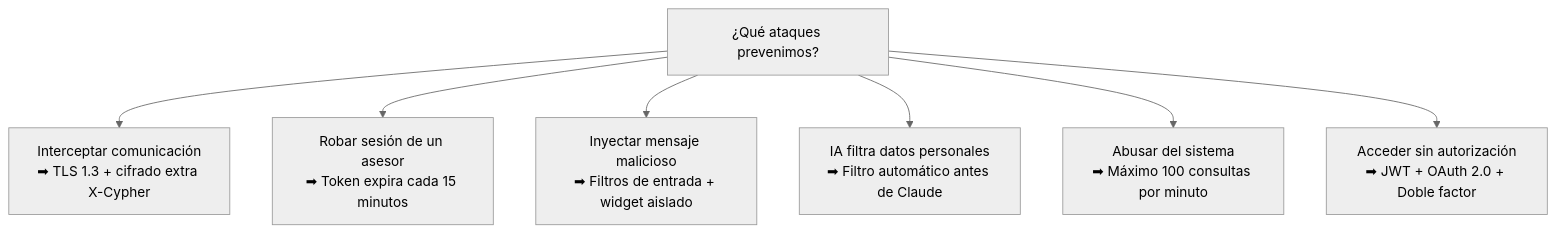
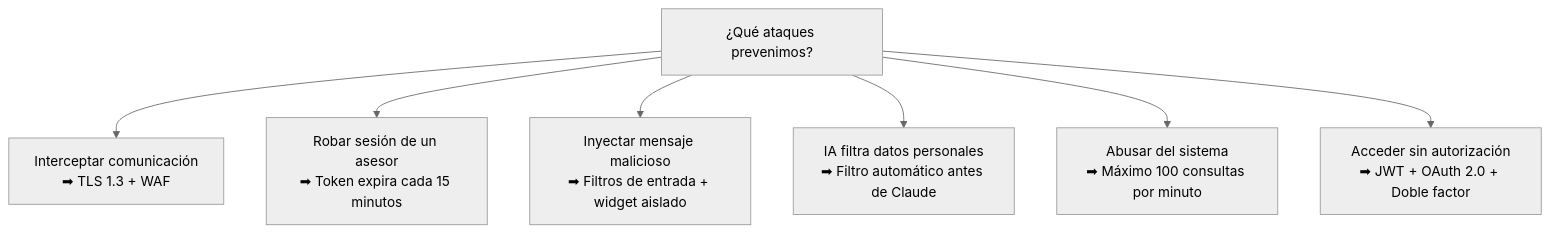
Before and after one commit to johnruedal96/capillas: diagram 15 of 16 in docs/presentacion_tecnica.md, drawn with Mermaid (neutral theme). The commit also changed other lines of this file and 1 other file, not shown here.

Commit message:
update cypher

````diff
--- a/docs/presentacion_tecnica.md
+++ b/docs/presentacion_tecnica.md
@@ -689,17 +690,17 @@
 ```mermaid
 flowchart TB
     THREATS["¿Qué ataques prevenimos?"]
-    MITM["Interceptar comunicación<br/>➡ TLS 1.3 + cifrado extra X-Cypher"]
+    MITM["Interceptar comunicación<br/>➡ TLS 1.3 + WAF"]
     SESSION["Robar sesión de un asesor<br/>➡ Token expira cada 15 minutos"]
     INJECT["Inyectar mensaje malicioso<br/>➡ Filtros de entrada + widget aislado"]
     PII_FILTER["IA filtra datos personales<br/>➡ Filtro automático antes de Claude"]
     ABUSE["Abusar del sistema<br/>➡ Máximo 100 consultas por minuto"]
     UNAUTH["Acceder sin autorización<br/>➡ JWT + OAuth 2.0 + Doble factor"]
 
     THREATS --> MITM
     THREATS --> SESSION
     THREATS --> INJECT
     THREATS --> PII_FILTER
     THREATS --> ABUSE
     THREATS --> UNAUTH
 ```
````
